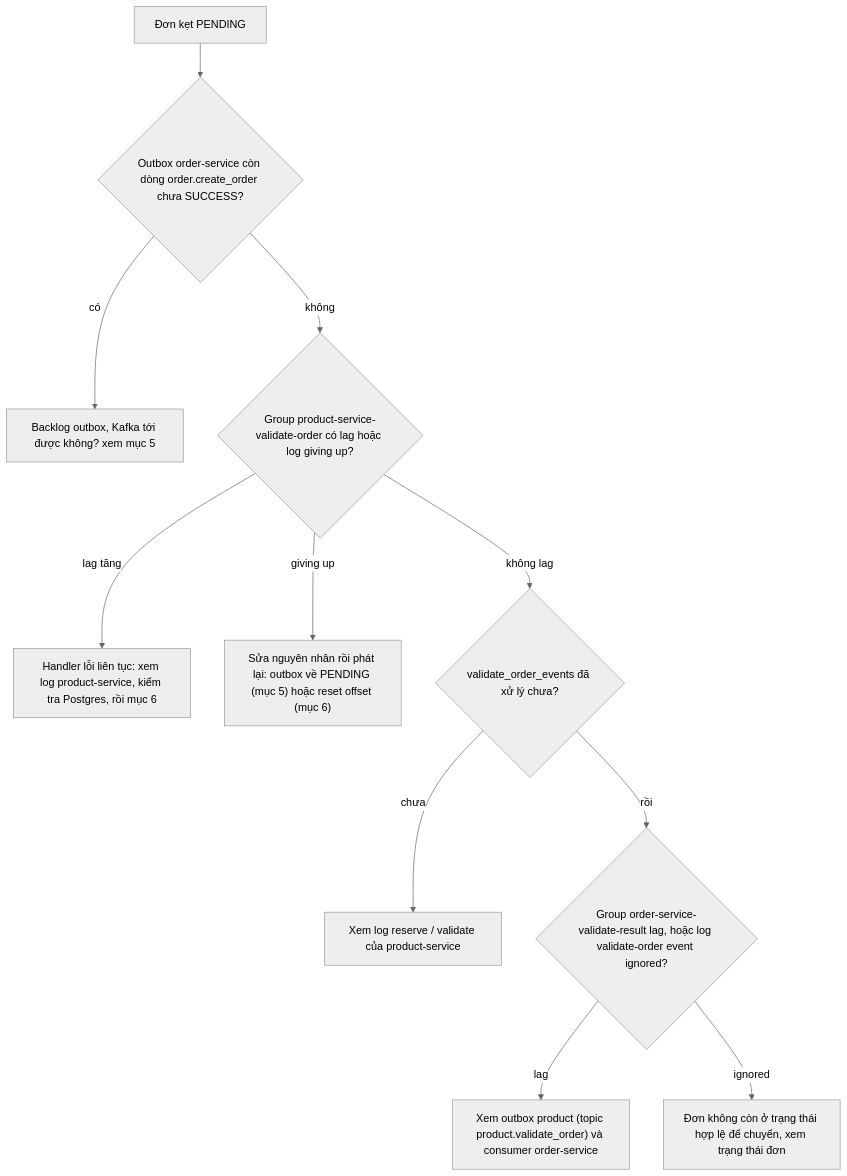
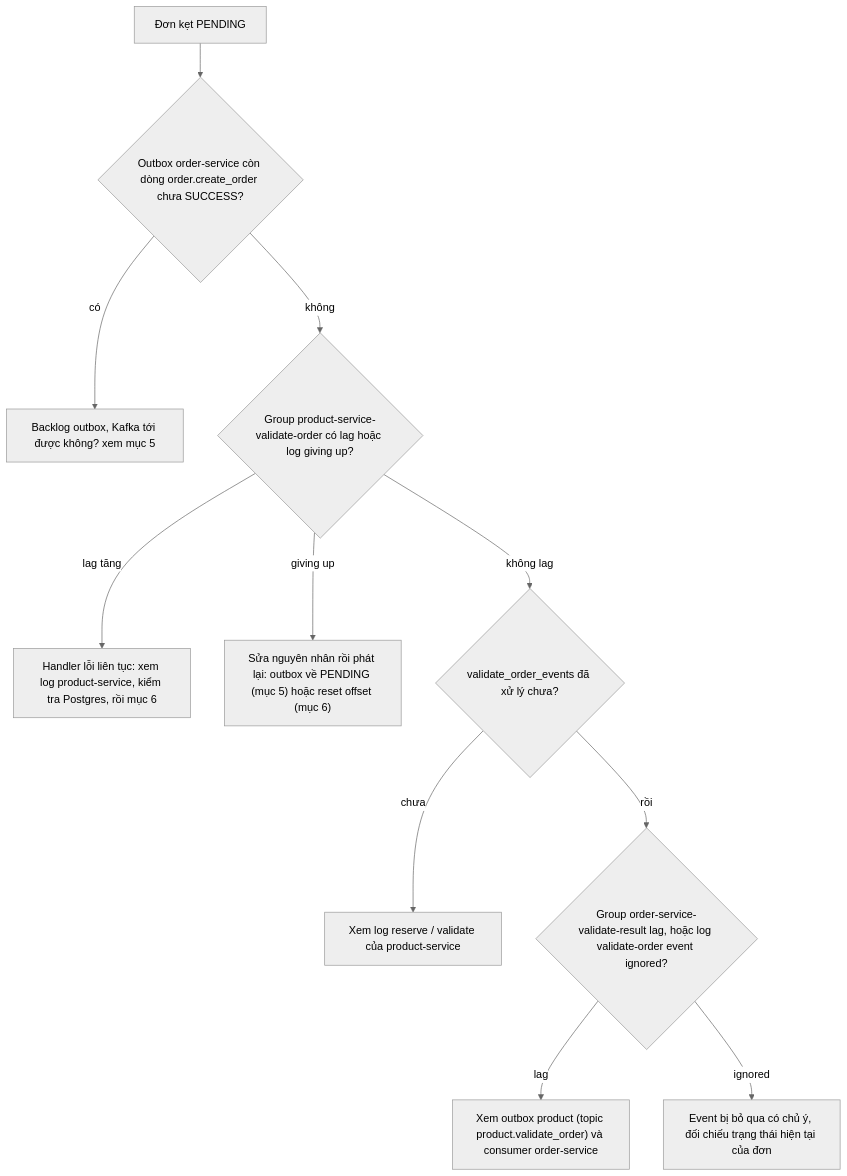
One commit to khoatran18/mini-marketplace changed the third of 8 diagrams in docs/instruction/03_RUNBOOK.md. Above: the diagram before and after it, drawn with Mermaid (neutral theme). The commit also changed 1 other file, not shown here.

Commit message:
docs: diagrams for runbook, deployment, testing, health/readiness
Claude-Session: https://claude.ai/code/session_0137kXLQDEZXeRub17cRyZJ2

````diff
--- a/docs/instruction/03_RUNBOOK.md
+++ b/docs/instruction/03_RUNBOOK.md
@@ -83,13 +83,13 @@
 ```mermaid
 flowchart TD
   A["Đơn kẹt PENDING"] --> B{"Outbox order-service còn dòng order.create_order chưa SUCCESS?"}
   B -->|"có"| B1["Backlog outbox, Kafka tới được không? xem mục 5"]
   B -->|"không"| C{"Group product-service-validate-order có lag hoặc log giving up?"}
   C -->|"lag tăng"| C1["Handler lỗi liên tục: xem log product-service, kiểm tra Postgres, rồi mục 6"]
   C -->|"giving up"| C2["Sửa nguyên nhân rồi phát lại: outbox về PENDING (mục 5) hoặc reset offset (mục 6)"]
   C -->|"không lag"| D{"validate_order_events đã xử lý chưa?"}
   D -->|"chưa"| D1["Xem log reserve / validate của product-service"]
   D -->|"rồi"| E{"Group order-service-validate-result lag, hoặc log validate-order event ignored?"}
   E -->|"lag"| E1["Xem outbox product (topic product.validate_order) và consumer order-service"]
-  E -->|"ignored"| E2["Đơn không còn ở trạng thái hợp lệ để chuyển, xem trạng thái đơn"]
+  E -->|"ignored"| E2["Event bị bỏ qua có chủ ý, đối chiếu trạng thái hiện tại của đơn"]
 ```
````
